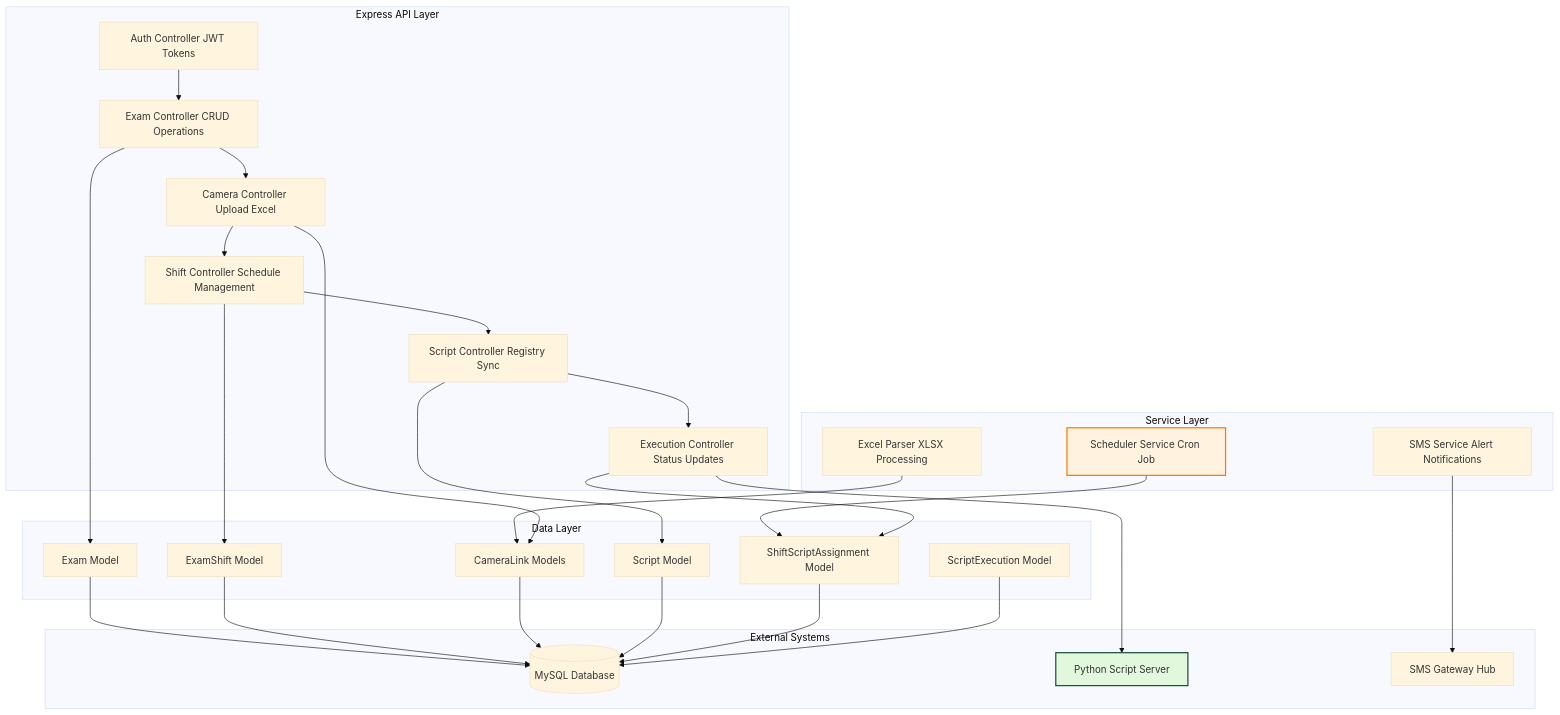
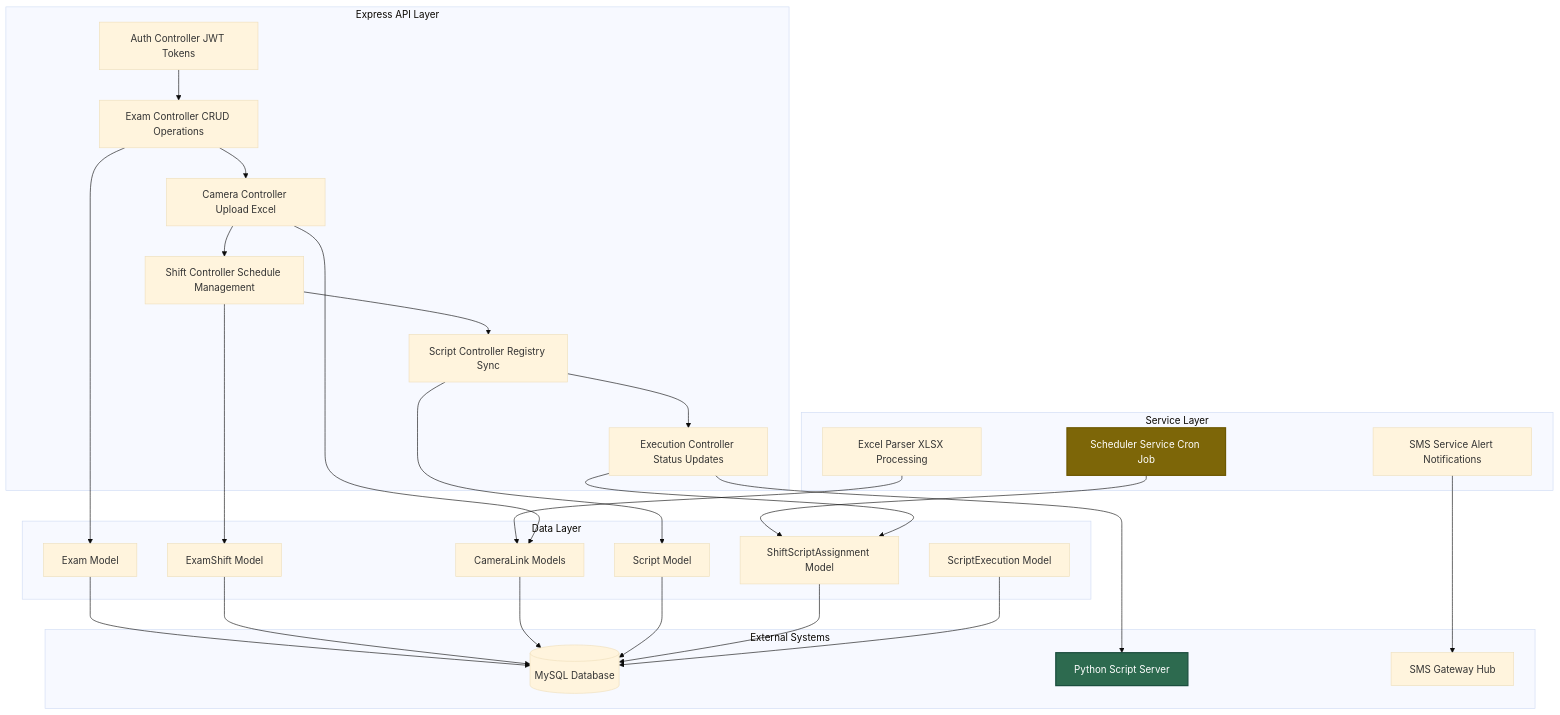
One commit to aman-tiwari18/cctv changed the eighth of 9 diagrams in complete_workflow_documentation.md. Above: the diagram before and after it, drawn with Mermaid (base theme). The commit also changed other lines of this file, not shown here.

````diff
--- a/complete_workflow_documentation.md
+++ b/complete_workflow_documentation.md
@@ -432,60 +432,60 @@
 ```mermaid
 graph TB
     subgraph API["Express API Layer"]
         AUTH[Auth Controller JWT Tokens]
         EXAM[Exam Controller CRUD Operations]
         CAM[Camera Controller Upload Excel]
         SHIFT[Shift Controller Schedule Management]
         SCRIPT[Script Controller Registry Sync]
         EXEC[Execution Controller Status Updates]
     end
     
     subgraph Service["Service Layer"]
         SCHED[Scheduler Service Cron Job]
         EXCEL[Excel Parser XLSX Processing]
         SMS[SMS Service Alert Notifications]
     end
     
     subgraph Data["Data Layer"]
         EXAM_M[Exam Model]
         SHIFT_M[ExamShift Model]
         CAMERA_M[CameraLink Models]
         SCRIPT_M[Script Model]
         ASSIGN_M[ShiftScriptAssignment Model]
         EXEC_M[ScriptExecution Model]
     end
     
     subgraph External["External Systems"]
         DB[(MySQL Database)]
         SCRIPT_SRV[Python Script Server]
         SMS_GW[SMS Gateway Hub]
     end
     
     AUTH --> EXAM
     EXAM --> CAM
     CAM --> SHIFT
     SHIFT --> SCRIPT
     SCRIPT --> EXEC
     
     SCHED --> ASSIGN_M
     EXCEL --> CAMERA_M
     SMS --> SMS_GW
     
     EXAM --> EXAM_M
     CAM --> CAMERA_M
     SHIFT --> SHIFT_M
     SCRIPT --> SCRIPT_M
     EXEC --> ASSIGN_M
     
     EXAM_M --> DB
     SHIFT_M --> DB
     CAMERA_M --> DB
     SCRIPT_M --> DB
     ASSIGN_M --> DB
     EXEC_M --> DB
     
     EXEC --> SCRIPT_SRV
-    
-    style SCHED fill:#fff3e0,stroke:#f57c00,stroke-width:2px
-    style SCRIPT_SRV fill:#e1f8dc,stroke:#1b4d3e,stroke-width:2px
+
+    style SCHED fill:#7d6608,color:#ffffff,stroke:#6d5800,stroke-width:2px
+    style SCRIPT_SRV fill:#2d6a4f,color:#ffffff,stroke:#1b4d3e,stroke-width:2px
 ```
````
